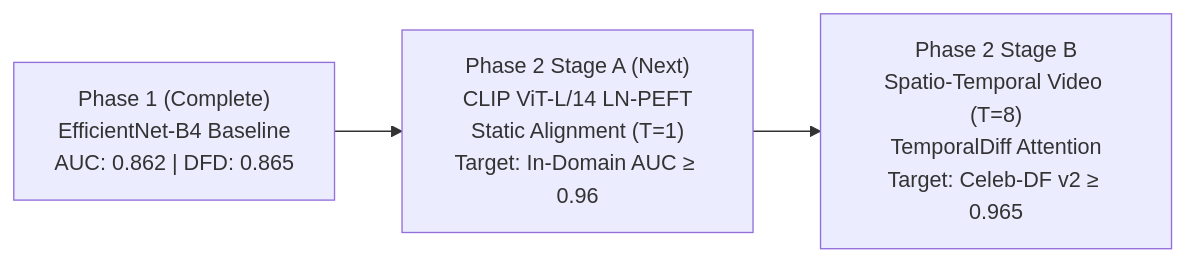
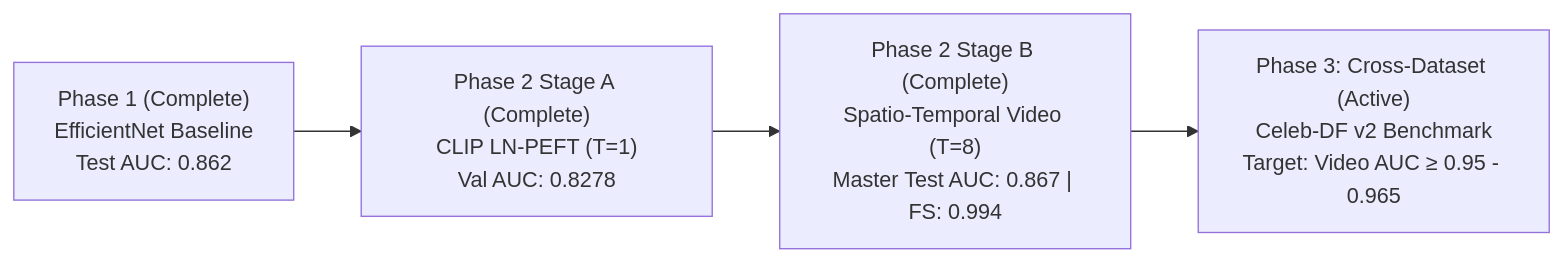
Before and after one commit to sharadpolackalsunil/DeepFake: the diagram in results.md, drawn with Mermaid. The commit also changed other lines of this file and 1 other file, not shown here.

Commit message:
results of phase 2

````diff
--- a/results.md
+++ b/results.md
@@ -137,5 +326,6 @@
 ```mermaid
 graph LR
-    P1["Phase 1 (Complete)<br/>EfficientNet-B4 Baseline<br/>AUC: 0.862 | DFD: 0.865"] --> P2A["Phase 2 Stage A (Next)<br/>CLIP ViT-L/14 LN-PEFT<br/>Static Alignment (T=1)<br/>Target: In-Domain AUC ≥ 0.96"]
-    P2A --> P2B["Phase 2 Stage B<br/>Spatio-Temporal Video (T=8)<br/>TemporalDiff Attention<br/>Target: Celeb-DF v2 ≥ 0.965"]
+    P1["Phase 1 (Complete)<br/>EfficientNet Baseline<br/>Test AUC: 0.862"] --> P2A["Phase 2 Stage A (Complete)<br/>CLIP LN-PEFT (T=1)<br/>Val AUC: 0.8278"]
+    P2A --> P2B["Phase 2 Stage B (Complete)<br/>Spatio-Temporal Video (T=8)<br/>Master Test AUC: 0.867 | FS: 0.994"]
+    P2B --> P3["Phase 3: Cross-Dataset (Active)<br/>Celeb-DF v2 Benchmark<br/>Target: Video AUC ≥ 0.95 - 0.965"]
 ```
````
